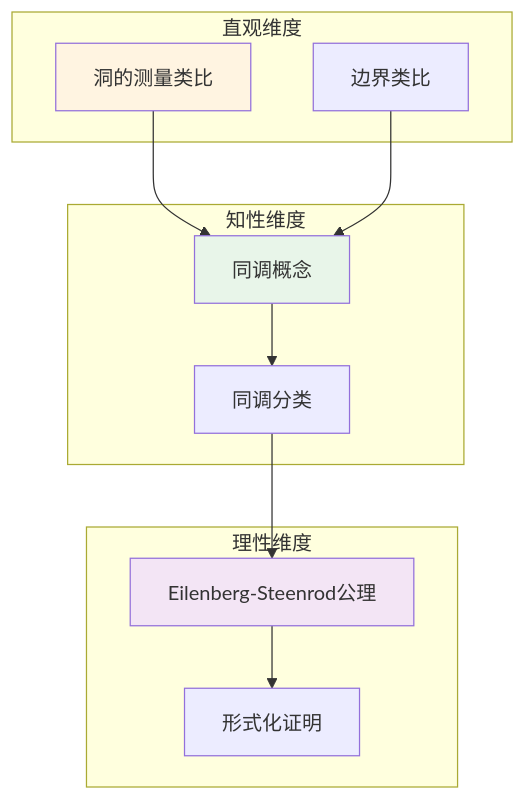
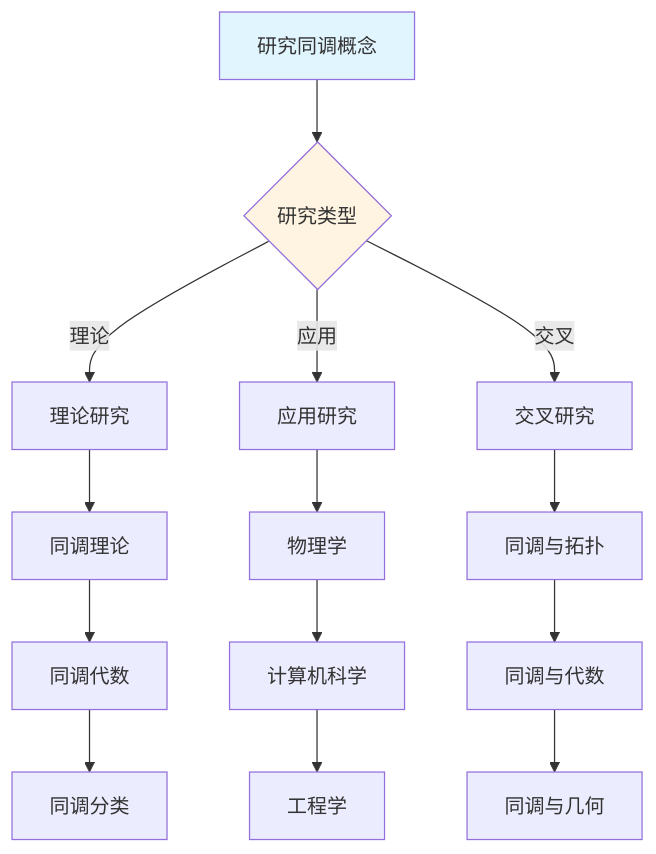
Before and after one commit to AdaMartin18010/FormalMath: the eighth of 10 diagrams in concept/核心概念/25-同调.md, drawn with Mermaid. The commit also changed other lines of this file and 4793 other files, not shown here.

````diff
--- a/concept/核心概念/25-同调.md
+++ b/concept/核心概念/25-同调.md
@@ -776,27 +2342,22 @@
 ```mermaid
-graph TB
-    subgraph 直观维度
-        A1[洞的测量类比]
-        A2[边界类比]
-    end
+graph TD
+    A[研究同调概念] --> B{研究类型}
+    B -->|理论| C[理论研究]
+    B -->|应用| D[应用研究]
+    B -->|交叉| E[交叉研究]
 
-    subgraph 知性维度
-        B1[同调概念]
-        B2[同调分类]
-    end
+    C --> C1[同调理论]
+    C1 --> C2[同调代数]
+    C2 --> C3[同调分类]
 
-    subgraph 理性维度
-        C1[Eilenberg-Steenrod公理]
-        C2[形式化证明]
-    end
+    D --> D1[物理学]
+    D1 --> D2[计算机科学]
+    D2 --> D3[工程学]
 
-    A1 --> B1
-    A2 --> B1
-    B1 --> B2
-    B2 --> C1
-    C1 --> C2
+    E --> E1[同调与拓扑]
+    E1 --> E2[同调与代数]
+    E2 --> E3[同调与几何]
 
-    style A1 fill:#fff4e1
-    style B1 fill:#e8f5e9
-    style C1 fill:#f3e5f5
+    style A fill:#e1f5ff
+    style B fill:#fff4e1
 ```
````
